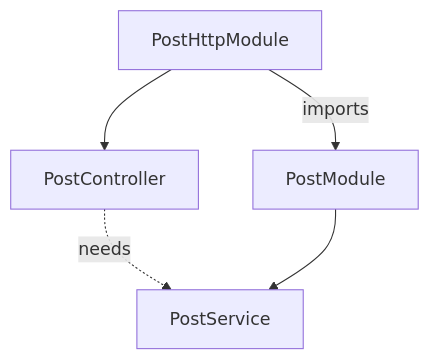
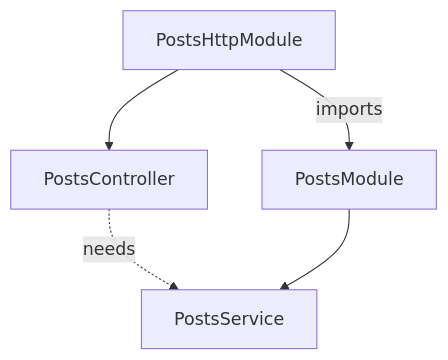
Before and after one commit to YV17labs/NestRS: the third of 3 diagrams in docs/src/content/docs/fundamentals/providers.mdx, drawn with Mermaid. The commit also changed other lines of this file and 27 other files, not shown here.

````diff
--- a/docs/src/content/docs/fundamentals/providers.mdx
+++ b/docs/src/content/docs/fundamentals/providers.mdx
@@ -194,11 +194,11 @@
 ```mermaid
 flowchart TB
-  PHM[PostHttpModule]
-  PM[PostModule]
-  PC[PostController]
-  PS[PostService]
+  PHM[PostsHttpModule]
+  PM[PostsModule]
+  PC[PostsController]
+  PS[PostsService]
   PHM -->|imports| PM
   PHM --> PC
   PC -. needs .-> PS
   PM --> PS
 ```
````
